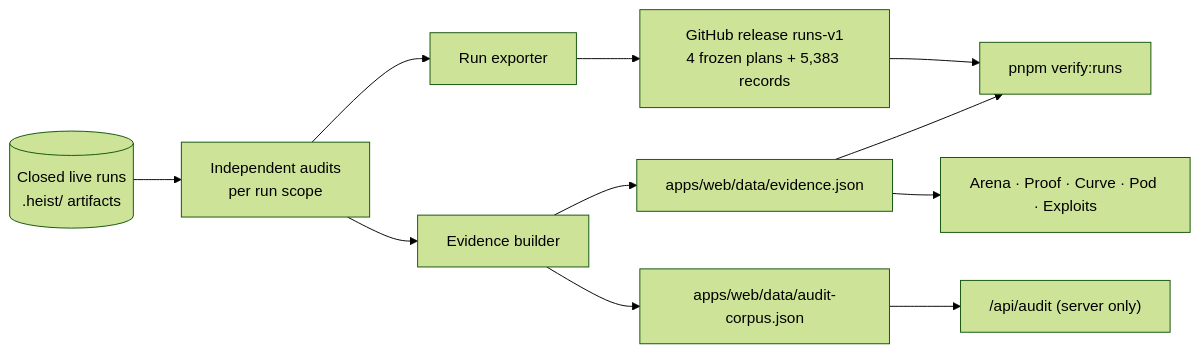
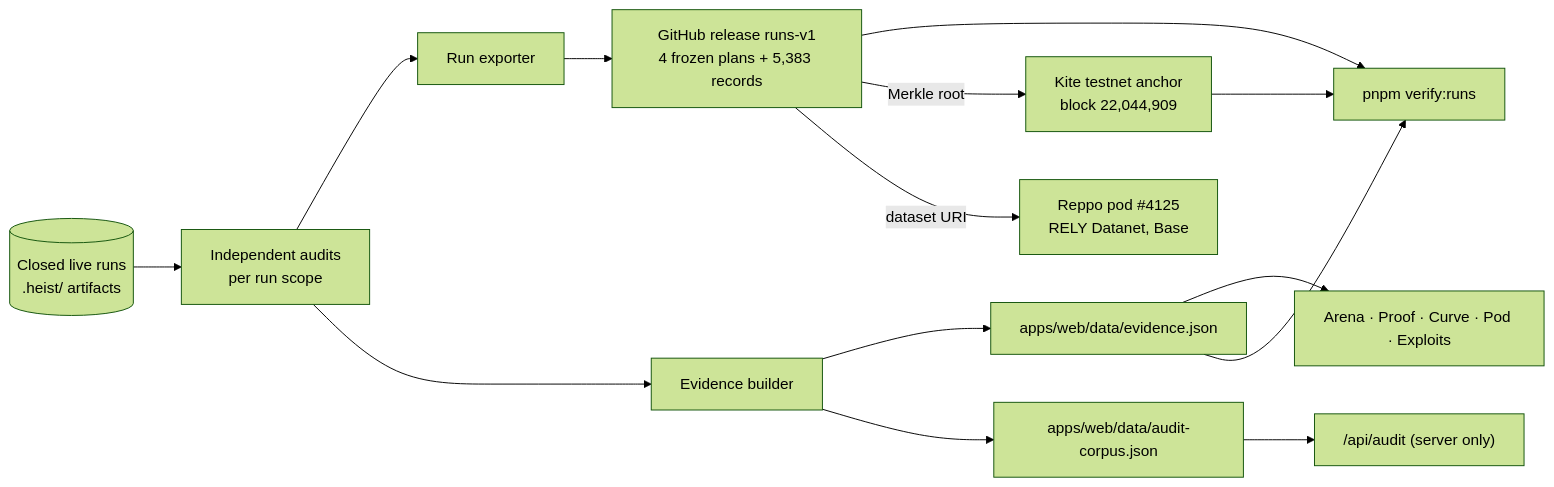
The fifth of 8 diagrams in docs/ARCHITECTURE.md (Manuel-dev01/heist), drawn with Mermaid (forest theme) before and after one commit. The commit also changed other lines of this file and 4 other files, not shown here.

First line of the commit message:
docs: bring README, architecture and site copy up to date

````diff
--- a/docs/ARCHITECTURE.md
+++ b/docs/ARCHITECTURE.md
@@ -189,13 +190,16 @@
 ```mermaid
 flowchart LR
   RUNS[(Closed live runs<br/>.heist/ artifacts)] --> AUD[Independent audits<br/>per run scope]
   AUD --> EXP[Run exporter]
   EXP --> REL[GitHub release runs-v1<br/>4 frozen plans + 5,383 records]
   AUD --> B[Evidence builder]
   B --> EJ[apps/web/data/evidence.json]
   B --> AC[apps/web/data/audit-corpus.json]
   EJ --> PAGES[Arena · Proof · Curve · Pod · Exploits]
   AC --> API["/api/audit (server only)"]
   REL --> VR["pnpm verify:runs"]
   EJ --> VR
+  REL -->|Merkle root| KA[Kite testnet anchor<br/>block 22,044,909]
+  REL -->|dataset URI| RP[Reppo pod #4125<br/>RELY Datanet, Base]
+  KA --> VR
 ```
````
